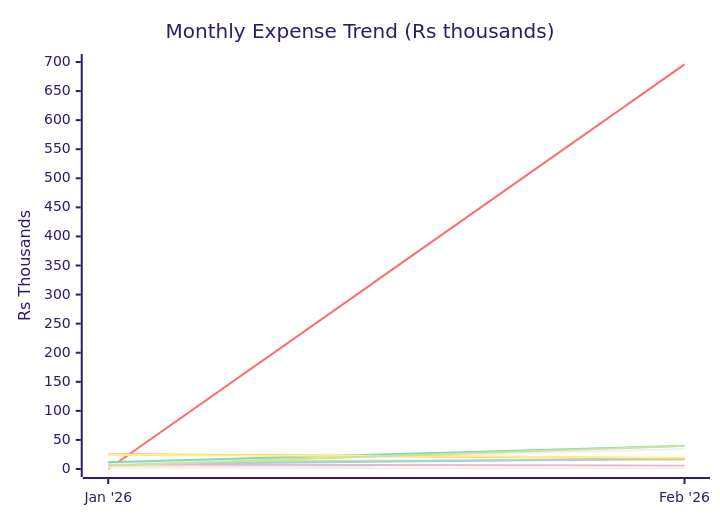
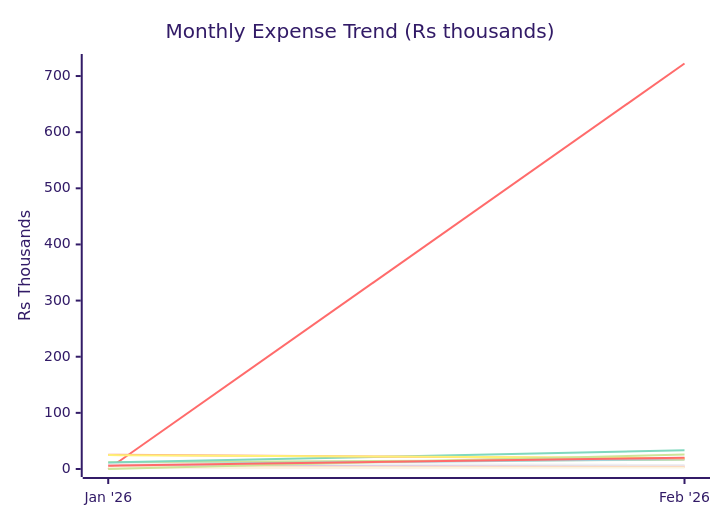
The first of 2 diagrams in reports/2026-02.md (sachin-hg/expense-reporter), drawn with Mermaid (forest theme) before and after one commit. The commit also changed other lines of this file and 14 other files, not shown here.

````diff
--- a/reports/2026-02.md
+++ b/reports/2026-02.md
@@ -24,17 +25,18 @@
 ```mermaid
 xychart-beta
     title "Monthly Expense Trend (Rs thousands)"
     x-axis ["Jan '26", "Feb '26"]
-    y-axis "Rs Thousands" 0 --> 700
+    y-axis "Rs Thousands" 0 --> 725
     line "Travel" [12.1, 16.5]
-    line "Trip" [0.0, 695.8]
-    line "Shopping" [7.8, 17.8]
+    line "Trip" [0.0, 722.3]
+    line "Shopping" [7.8, 17.5]
     line "Baby" [7.7, 5.6]
-    line "Outside Food" [9.5, 34.3]
-    line "Grocery" [2.9, 2.6]
-    line "Utilities & Bills" [11.5, 39.9]
-    line "Health, Fitness & Self Care" [25.5, 18.4]
+    line "Outside Food" [9.5, 7.6]
+    line "Grocery" [2.9, 3.5]
+    line "Utilities & Bills" [11.5, 33.2]
+    line "Health, Fitness & Self Care" [25.5, 18.6]
     line "Upskill / AI" [2.6, 2.5]
     line "Rohan" [24.8, 19.3]
-    line "Others" [6.0, 39.6]
+    line "One-Time Expense" [0.0, 25.8]
+    line "Others" [6.0, 20.1]
 ```
````
